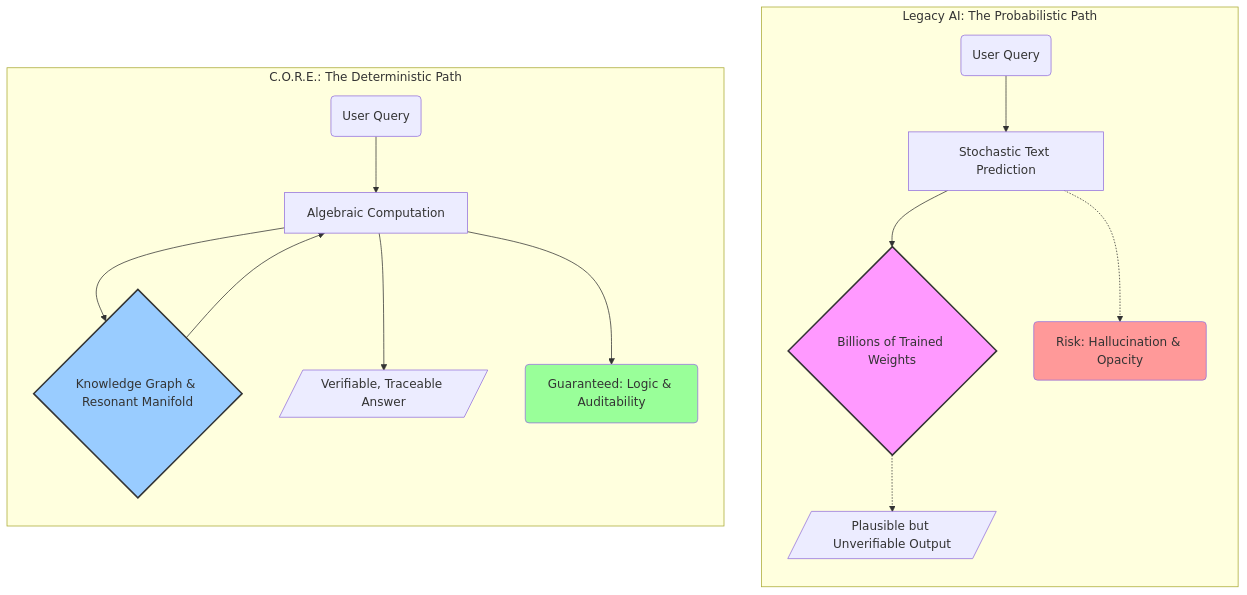
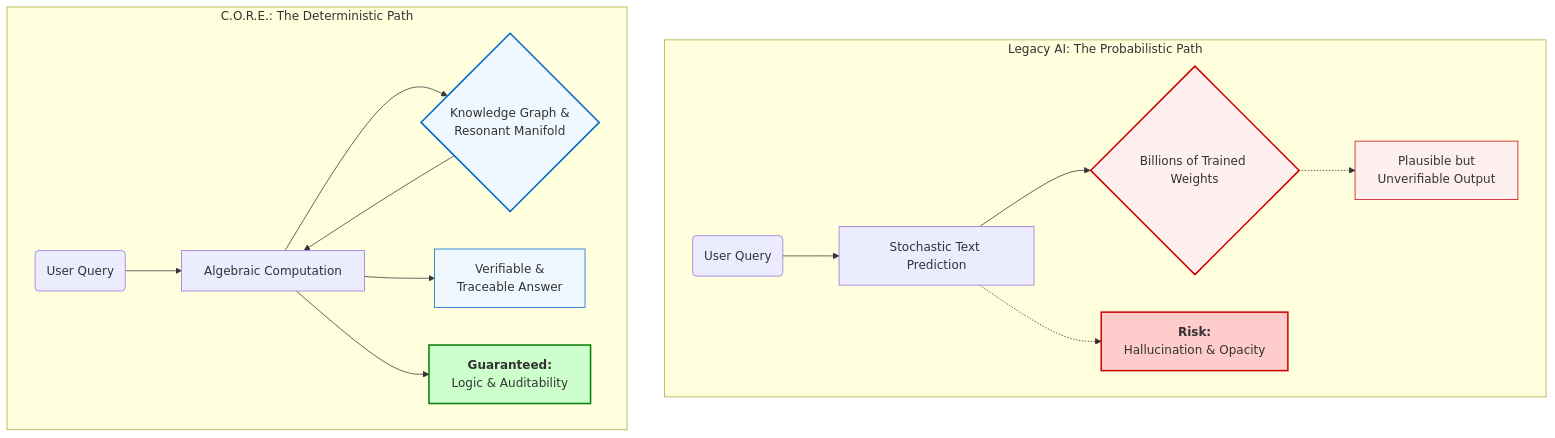
One commit to Aethelred-dev/c.o.r.e changed the diagram in README.md. Above: the diagram before and after it, drawn with Mermaid. The commit also changed other lines of this file, not shown here.

````diff
--- a/README.md
+++ b/README.md
@@ -27,23 +27,25 @@
 ```mermaid
 graph TD
     subgraph "Legacy AI: The Probabilistic Path"
-        direction TD
         A1("User Query") --> B1["Stochastic Text Prediction"];
         B1 --> C1{"Billions of Trained Weights"};
-        style C1 fill:#f9f,stroke:#333,stroke-width:2px
-        C1 -.-> D1[/"Plausible but Unverifiable Output"/];
-        B1 -.-> Note1("Risk: Hallucination & Opacity");
-        style Note1 fill:#ff9999
+        C1 -.-> D1["Plausible but<br/>Unverifiable Output"];
+        B1 -.-> Note1["<b>Risk:</b><br/>Hallucination & Opacity"];
     end
 
     subgraph "C.O.R.E.: The Deterministic Path"
-        direction TD
         A2("User Query") --> B2["Algebraic Computation"];
-        B2 --> C2{"Knowledge Graph & Resonant Manifold"};
-        style C2 fill:#99ccff,stroke:#333,stroke-width:2px
+        B2 --> C2{"Knowledge Graph &<br/>Resonant Manifold"};
         C2 --> B2;
-        B2 --> D2[/"Verifiable, Traceable Answer"/];
-        B2 --> Note2("Guaranteed: Logic & Auditability");
-        style Note2 fill:#99ff99
+        B2 --> D2["Verifiable &<br/>Traceable Answer"];
+        B2 --> Note2["<b>Guaranteed:</b><br/>Logic & Auditability"];
     end
+
+    style C1 fill:#fff0f0,stroke:#c00,stroke-width:2px
+    style D1 fill:#fff0f0,stroke:#c00,stroke-width:1px
+    style Note1 fill:#ffcccc,stroke:#c00,stroke-width:2px
+
+    style C2 fill:#f0f8ff,stroke:#0066cc,stroke-width:2px
+    style D2 fill:#f0f8ff,stroke:#0066cc,stroke-width:1px
+    style Note2 fill:#ccffcc,stroke:#008000,stroke-width:2px
 ```
````
